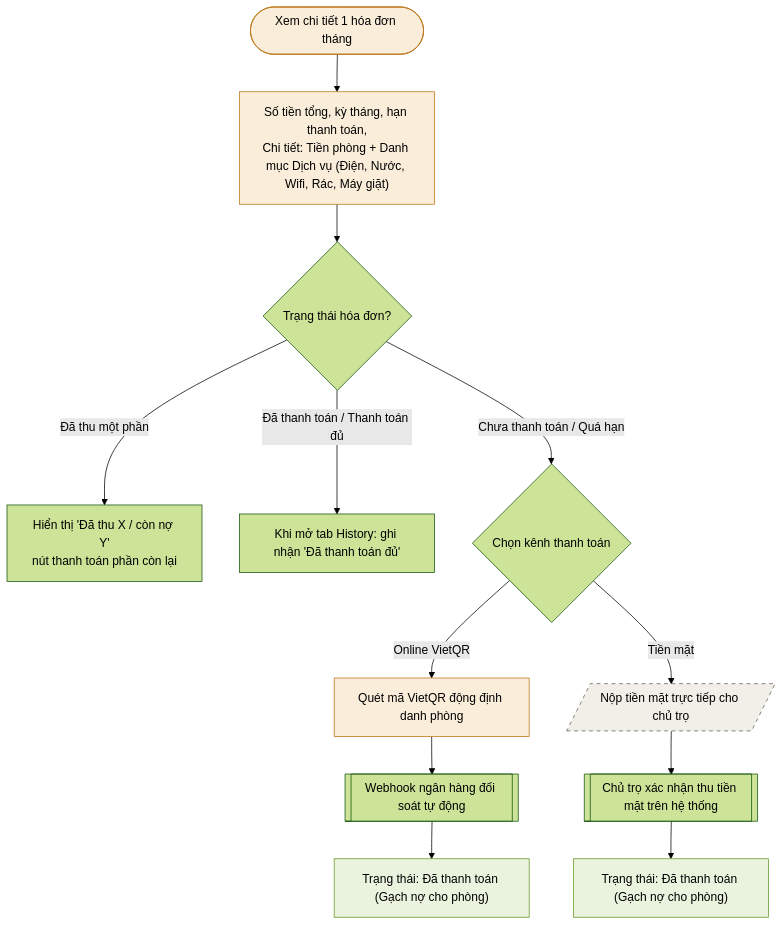
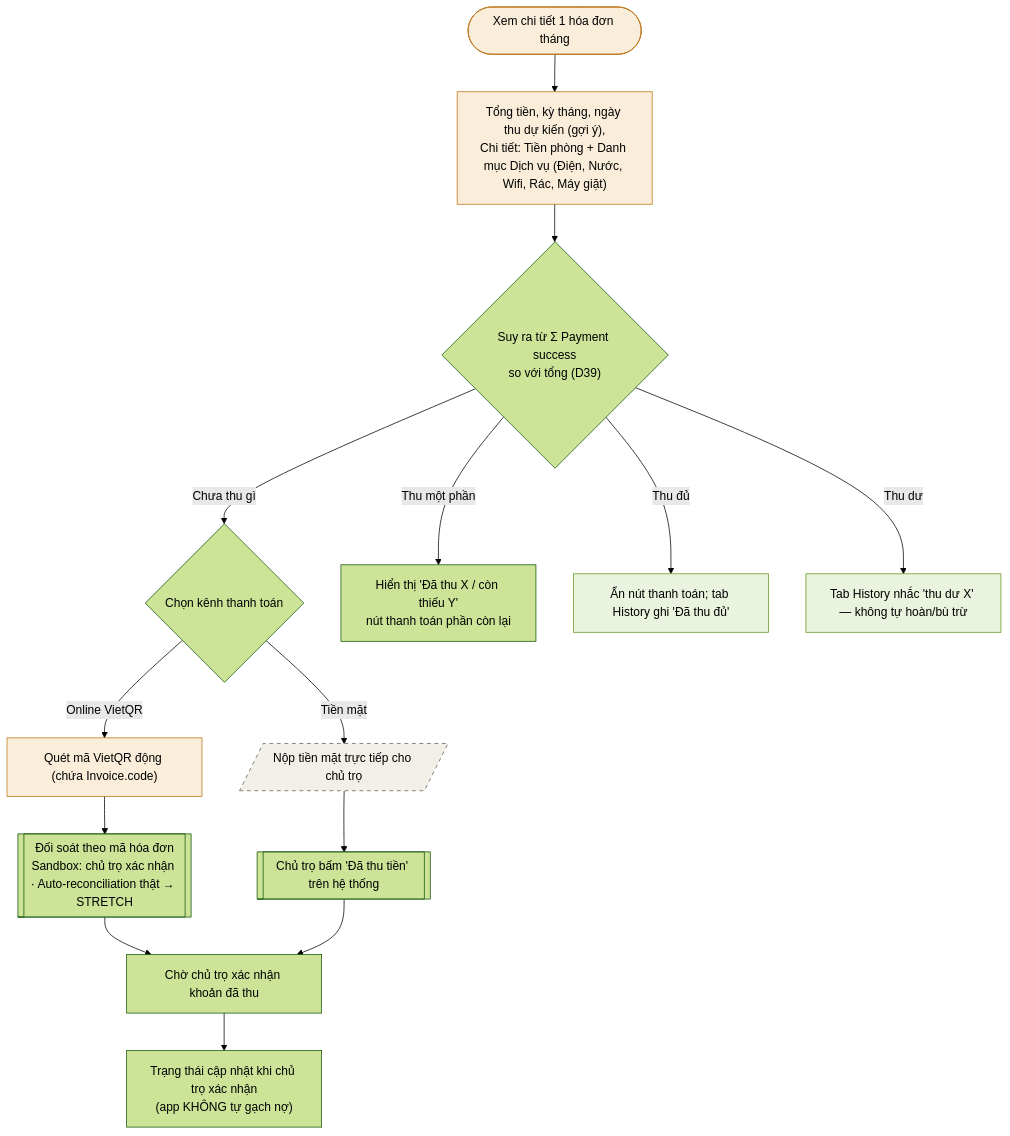
One commit to pbl6-home-renter/docs changed diagram 13 of 17 in phase-1/discovery/user_flow/tenant-user-flow.md. Above: the diagram before and after it, drawn with Mermaid (forest theme). The commit also changed other lines of this file and 16 other files, not shown here.

````diff
--- a/phase-1/discovery/user_flow/tenant-user-flow.md
+++ b/phase-1/discovery/user_flow/tenant-user-flow.md
@@ -285,21 +285,23 @@
 ```mermaid
 flowchart TD
-    Start(["Xem chi tiết 1 hóa đơn tháng"]) --> Detail["Số tiền tổng, kỳ tháng, hạn thanh toán,\nChi tiết: Tiền phòng + Danh mục Dịch vụ (Điện, Nước, Wifi, Rác, Máy giặt)"]
-    Detail --> Status{"Trạng thái hóa đơn?"}
-    Status -->|"Đã thu một phần"| PartialNote["Hiển thị 'Đã thu X / còn nợ Y'\nnút thanh toán phần còn lại"]
-    Status -->|"Đã thanh toán / Thanh toán đủ"| HistoryTab["Khi mở tab History: ghi nhận 'Đã thanh toán đủ'"]
-    Status -->|"Chưa thanh toán / Quá hạn"| Choose{"Chọn kênh thanh toán"}
-    Choose -->|"Online VietQR"| QR["Quét mã VietQR động định danh phòng"]
-    QR --> Webhook[["Webhook ngân hàng đối soát tự động"]]
-    Webhook --> Paid1["Trạng thái: Đã thanh toán (Gạch nợ cho phòng)"]
+    Start(["Xem chi tiết 1 hóa đơn tháng"]) --> Detail["Tổng tiền, kỳ tháng, ngày thu dự kiến (gợi ý),<br/>Chi tiết: Tiền phòng + Danh mục Dịch vụ (Điện, Nước, Wifi, Rác, Máy giặt)"]
+    Detail --> Status{"Suy ra từ Σ Payment success<br/>so với tổng (D39)"}
+    Status -->|"Chưa thu gì"| Choose{"Chọn kênh thanh toán"}
+    Status -->|"Thu một phần"| PartialNote["Hiển thị 'Đã thu X / còn thiếu Y'<br/>nút thanh toán phần còn lại"]
+    Status -->|"Thu đủ"| Done1["Ẩn nút thanh toán; tab History ghi 'Đã thu đủ'"]
+    Status -->|"Thu dư"| Done2["Tab History nhắc 'thu dư X' — không tự hoàn/bù trừ"]
+    Choose -->|"Online VietQR"| QR["Quét mã VietQR động (chứa Invoice.code)"]
+    QR --> Reconcile[["Đối soát theo mã hóa đơn<br/>Sandbox: chủ trọ xác nhận · Auto-reconciliation thật → STRETCH"]]
     Choose -->|"Tiền mặt"| Cash[/"Nộp tiền mặt trực tiếp cho chủ trọ"/]
-    Cash --> Confirm[["Chủ trọ xác nhận thu tiền mặt trên hệ thống"]]
-    Confirm --> Paid2["Trạng thái: Đã thanh toán (Gạch nợ cho phòng)"]
+    Cash --> Confirm[["Chủ trọ bấm 'Đã thu tiền' trên hệ thống"]]
+    Reconcile --> Pending1["Chờ chủ trọ xác nhận khoản đã thu"]
+    Confirm --> Pending1
+    Pending1 --> Derived["Trạng thái cập nhật khi chủ trọ xác nhận<br/>(app KHÔNG tự gạch nợ)"]
 
     style Start fill:#faeeda,stroke:#ba7517
     style Detail fill:#faeeda,stroke:#ba7517
     style QR fill:#faeeda,stroke:#ba7517
-    style Paid1 fill:#eaf3de,stroke:#639922
-    style Paid2 fill:#eaf3de,stroke:#639922
+    style Done1 fill:#eaf3de,stroke:#639922
+    style Done2 fill:#eaf3de,stroke:#639922
     style Cash fill:#f1efe8,stroke:#5f5e5a,stroke-dasharray: 5 5
 ```
````
